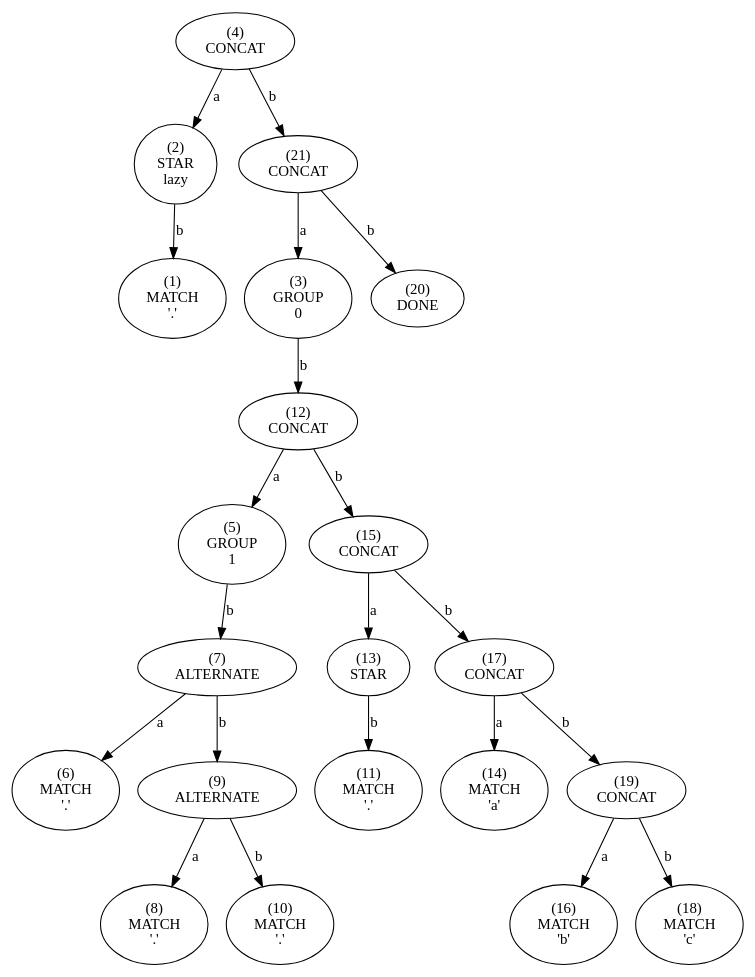
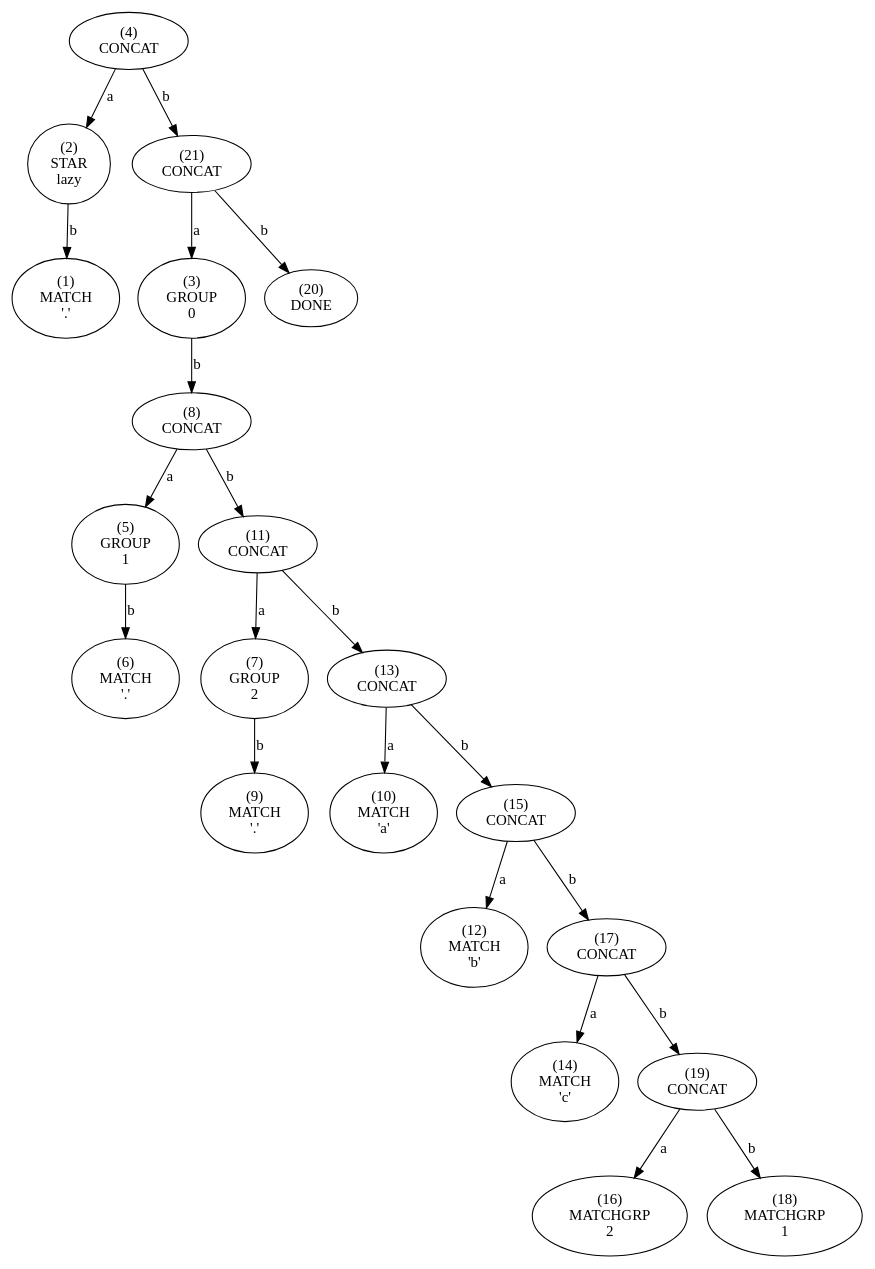
The diagram in tree.dot (essele/rele), drawn with Graphviz before and after one commit. The commit also changed 3 other files, not shown here.

```diff
--- a/tree.dot
+++ b/tree.dot
@@ -1,85 +1,85 @@
 digraph tree {
-    n0xbf7ea3ec1330 [label="(4)
+    n0xb81e62403330 [label="(4)
 CONCAT
 "];
-    n0xbf7ea3ec1330 -> n0xbf7ea3ec12f0 [label="a"];
-    n0xbf7ea3ec12f0 [label="(2)
+    n0xb81e62403330 -> n0xb81e624032f0 [label="a"];
+    n0xb81e624032f0 [label="(2)
 STAR
 lazy"];
-    n0xbf7ea3ec12f0 -> n0xbf7ea3ec12d0 [label="b"];
-    n0xbf7ea3ec12d0 [label="(1)
+    n0xb81e624032f0 -> n0xb81e624032d0 [label="b"];
+    n0xb81e624032d0 [label="(1)
 MATCH
 '.'"];
-    n0xbf7ea3ec1330 -> n0xbf7ea3ec1550 [label="b"];
-    n0xbf7ea3ec1550 [label="(21)
+    n0xb81e62403330 -> n0xb81e62403550 [label="b"];
+    n0xb81e62403550 [label="(21)
 CONCAT
 "];
-    n0xbf7ea3ec1550 -> n0xbf7ea3ec1310 [label="a"];
-    n0xbf7ea3ec1310 [label="(3)
+    n0xb81e62403550 -> n0xb81e62403310 [label="a"];
+    n0xb81e62403310 [label="(3)
 GROUP
 0"];
-    n0xbf7ea3ec1310 -> n0xbf7ea3ec1430 [label="b"];
-    n0xbf7ea3ec1430 [label="(12)
+    n0xb81e62403310 -> n0xb81e624033b0 [label="b"];
+    n0xb81e624033b0 [label="(8)
 CONCAT
 "];
-    n0xbf7ea3ec1430 -> n0xbf7ea3ec1350 [label="a"];
-    n0xbf7ea3ec1350 [label="(5)
+    n0xb81e624033b0 -> n0xb81e62403350 [label="a"];
+    n0xb81e62403350 [label="(5)
 GROUP
 1"];
-    n0xbf7ea3ec1350 -> n0xbf7ea3ec1390 [label="b"];
-    n0xbf7ea3ec1390 [label="(7)
-ALTERNATE
-"];
-    n0xbf7ea3ec1390 -> n0xbf7ea3ec1370 [label="a"];
-    n0xbf7ea3ec1370 [label="(6)
+    n0xb81e62403350 -> n0xb81e62403370 [label="b"];
+    n0xb81e62403370 [label="(6)
 MATCH
 '.'"];
-    n0xbf7ea3ec1390 -> n0xbf7ea3ec13d0 [label="b"];
-    n0xbf7ea3ec13d0 [label="(9)
-ALTERNATE
+    n0xb81e624033b0 -> n0xb81e62403410 [label="b"];
+    n0xb81e62403410 [label="(11)
+CONCAT
 "];
-    n0xbf7ea3ec13d0 -> n0xbf7ea3ec13b0 [label="a"];
-    n0xbf7ea3ec13b0 [label="(8)
+    n0xb81e62403410 -> n0xb81e62403390 [label="a"];
+    n0xb81e62403390 [label="(7)
+GROUP
+2"];
+    n0xb81e62403390 -> n0xb81e624033d0 [label="b"];
+    n0xb81e624033d0 [label="(9)
 MATCH
 '.'"];
-    n0xbf7ea3ec13d0 -> n0xbf7ea3ec13f0 [label="b"];
-    n0xbf7ea3ec13f0 [label="(10)
-MATCH
-'.'"];
-    n0xbf7ea3ec1430 -> n0xbf7ea3ec1490 [label="b"];
-    n0xbf7ea3ec1490 [label="(15)
+    n0xb81e62403410 -> n0xb81e62403450 [label="b"];
+    n0xb81e62403450 [label="(13)
 CONCAT
 "];
-    n0xbf7ea3ec1490 -> n0xbf7ea3ec1450 [label="a"];
-    n0xbf7ea3ec1450 [label="(13)
-STAR
-"];
-    n0xbf7ea3ec1450 -> n0xbf7ea3ec1410 [label="b"];
-    n0xbf7ea3ec1410 [label="(11)
+    n0xb81e62403450 -> n0xb81e624033f0 [label="a"];
+    n0xb81e624033f0 [label="(10)
 MATCH
-'.'"];
-    n0xbf7ea3ec1490 -> n0xbf7ea3ec14d0 [label="b"];
-    n0xbf7ea3ec14d0 [label="(17)
+'a'"];
+    n0xb81e62403450 -> n0xb81e62403490 [label="b"];
+    n0xb81e62403490 [label="(15)
 CONCAT
 "];
-    n0xbf7ea3ec14d0 -> n0xbf7ea3ec1470 [label="a"];
-    n0xbf7ea3ec1470 [label="(14)
+    n0xb81e62403490 -> n0xb81e62403430 [label="a"];
+    n0xb81e62403430 [label="(12)
 MATCH
-'a'"];
-    n0xbf7ea3ec14d0 -> n0xbf7ea3ec1510 [label="b"];
-    n0xbf7ea3ec1510 [label="(19)
+'b'"];
+    n0xb81e62403490 -> n0xb81e624034d0 [label="b"];
+    n0xb81e624034d0 [label="(17)
 CONCAT
 "];
-    n0xbf7ea3ec1510 -> n0xbf7ea3ec14b0 [label="a"];
-    n0xbf7ea3ec14b0 [label="(16)
-MATCH
-'b'"];
-    n0xbf7ea3ec1510 -> n0xbf7ea3ec14f0 [label="b"];
-    n0xbf7ea3ec14f0 [label="(18)
+    n0xb81e624034d0 -> n0xb81e62403470 [label="a"];
+    n0xb81e62403470 [label="(14)
 MATCH
 'c'"];
-    n0xbf7ea3ec1550 -> n0xbf7ea3ec1530 [label="b"];
-    n0xbf7ea3ec1530 [label="(20)
+    n0xb81e624034d0 -> n0xb81e62403510 [label="b"];
+    n0xb81e62403510 [label="(19)
+CONCAT
+"];
+    n0xb81e62403510 -> n0xb81e624034b0 [label="a"];
+    n0xb81e624034b0 [label="(16)
+MATCHGRP
+2"];
+    n0xb81e62403510 -> n0xb81e624034f0 [label="b"];
+    n0xb81e624034f0 [label="(18)
+MATCHGRP
+1"];
+    n0xb81e62403550 -> n0xb81e62403530 [label="b"];
+    n0xb81e62403530 [label="(20)
 DONE
 "];
 }
```
